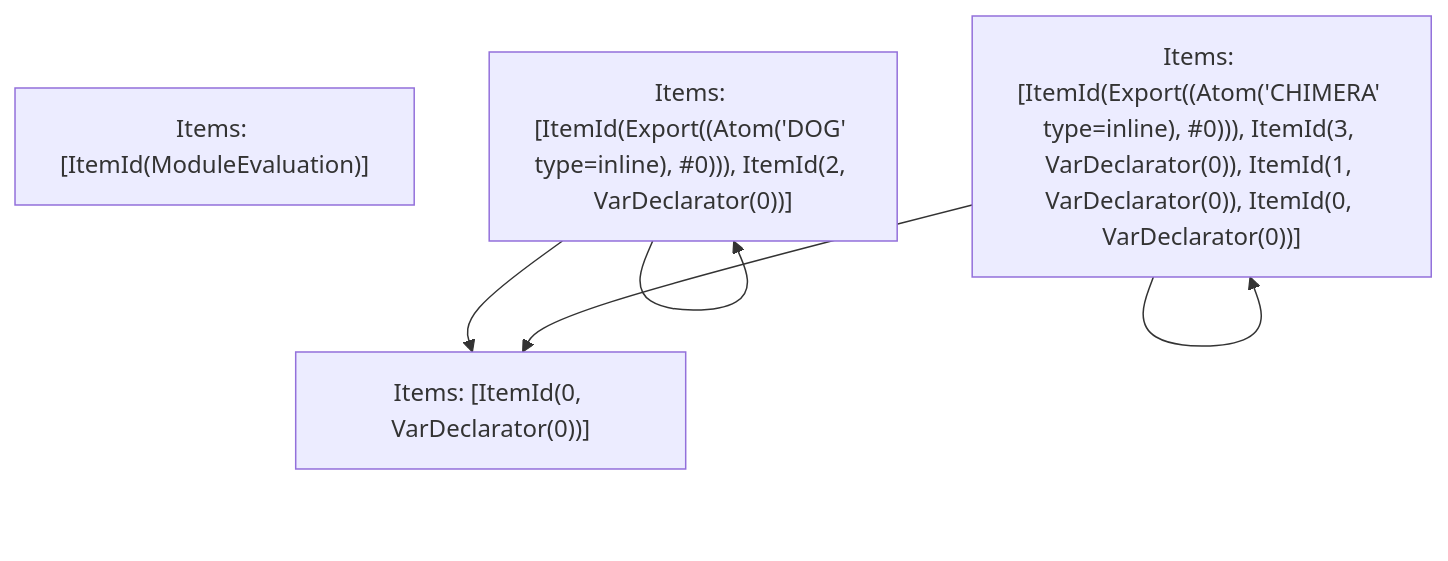
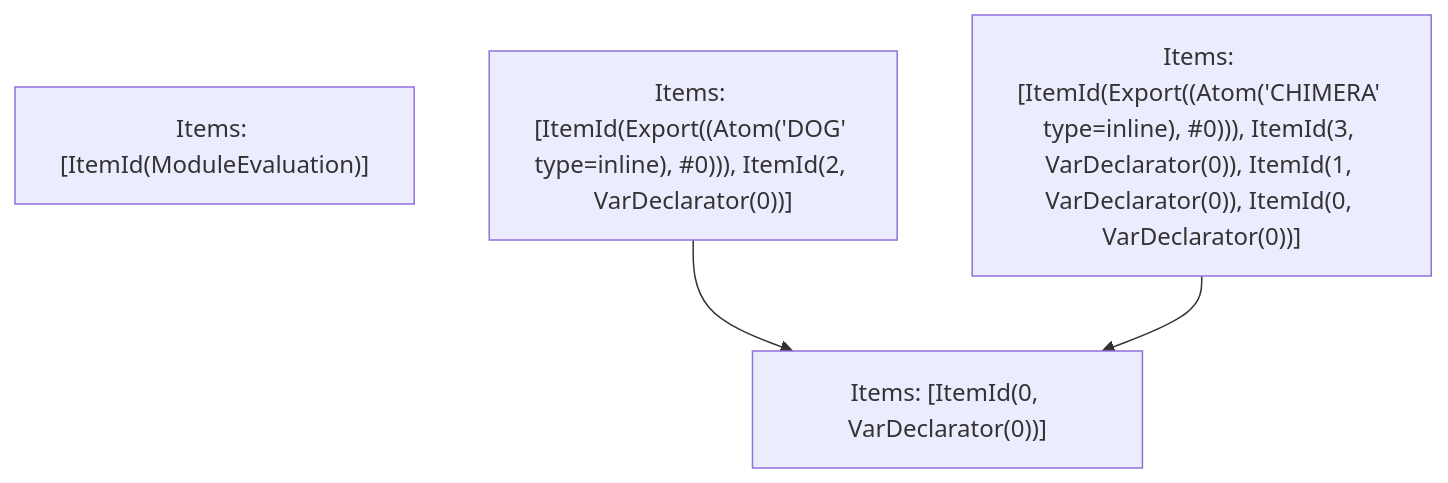
One commit to vercel/turborepo changed the fifth of 5 diagrams in crates/turbopack-ecmascript/tests/tree-shaker/analyzer/simple/output.md. Above: the diagram before and after it, drawn with Mermaid. The commit also changed 3 other files, not shown here.

````diff
--- a/crates/turbopack-ecmascript/tests/tree-shaker/analyzer/simple/output.md
+++ b/crates/turbopack-ecmascript/tests/tree-shaker/analyzer/simple/output.md
@@ -124,11 +124,9 @@
 ```mermaid
 graph TD
     N0["Items: [ItemId(ModuleEvaluation)]"];
     N1["Items: [ItemId(Export((Atom('DOG' type=inline), #0))), ItemId(2, VarDeclarator(0))]"];
     N2["Items: [ItemId(Export((Atom('CHIMERA' type=inline), #0))), ItemId(3, VarDeclarator(0)), ItemId(1, VarDeclarator(0)), ItemId(0, VarDeclarator(0))]"];
     N3["Items: [ItemId(0, VarDeclarator(0))]"];
-    N1 --> N1;
     N1 --> N3;
-    N2 --> N2;
     N2 --> N3;
 ```
````
